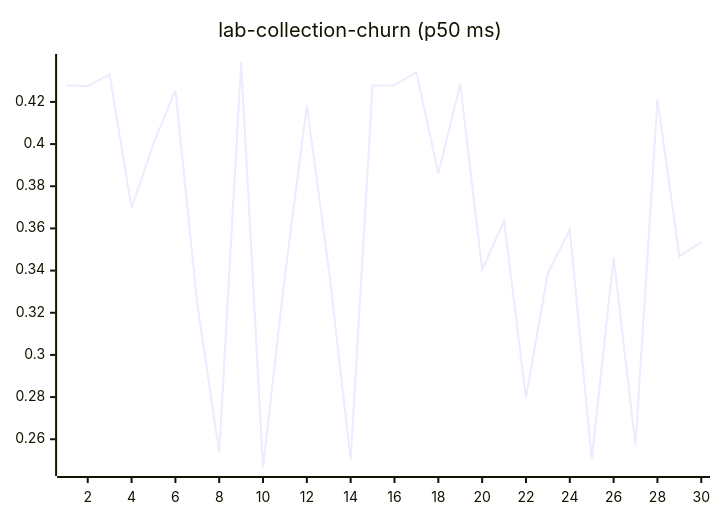
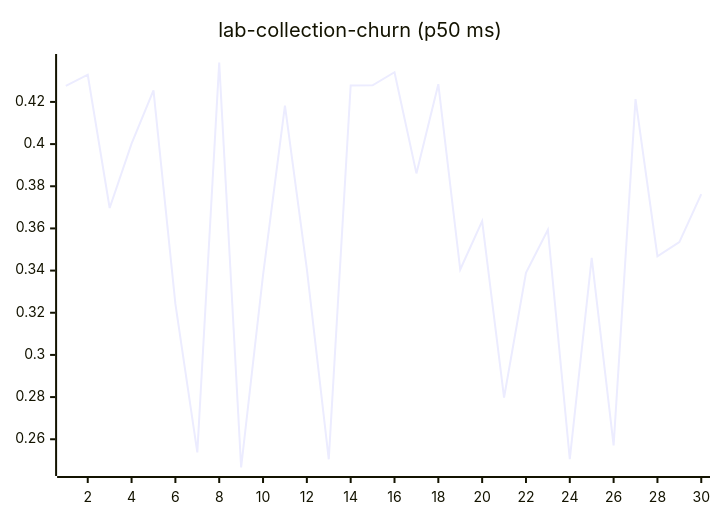
One commit to josha/Facet changed diagram 11 of 27 in README.md. Above: the diagram before and after it, drawn with Mermaid. The commit also changed other lines of this file and 2 other files, not shown here.

````diff
--- a/README.md
+++ b/README.md
@@ -133,6 +133,6 @@
 ```mermaid
 xychart-beta
     title "lab-collection-churn (p50 ms)"
     x-axis 1 --> 30
-    line [0.4279, 0.4276, 0.4329, 0.3697, 0.4002, 0.4255, 0.3242, 0.2538, 0.4387, 0.2466, 0.3379, 0.4183, 0.3407, 0.2505, 0.4278, 0.4279, 0.4341, 0.3861, 0.4284, 0.3405, 0.3635, 0.2798, 0.3389, 0.3594, 0.2506, 0.3460, 0.2571, 0.4213, 0.3468, 0.3535]
+    line [0.4276, 0.4329, 0.3697, 0.4002, 0.4255, 0.3242, 0.2538, 0.4387, 0.2466, 0.3379, 0.4183, 0.3407, 0.2505, 0.4278, 0.4279, 0.4341, 0.3861, 0.4284, 0.3405, 0.3635, 0.2798, 0.3389, 0.3594, 0.2506, 0.3460, 0.2571, 0.4213, 0.3468, 0.3535, 0.3763]
 ```
````
